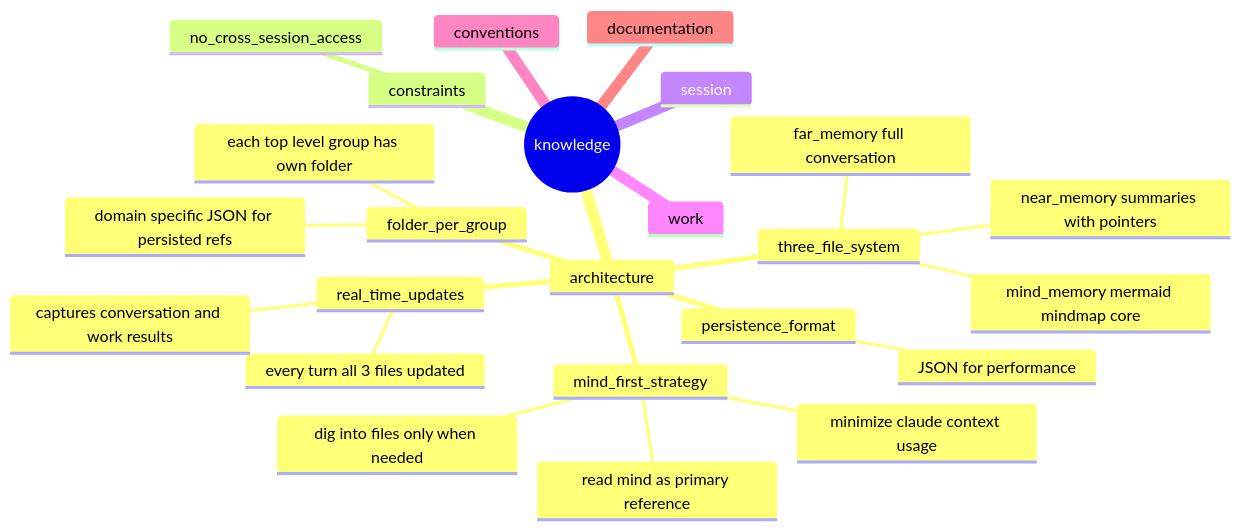
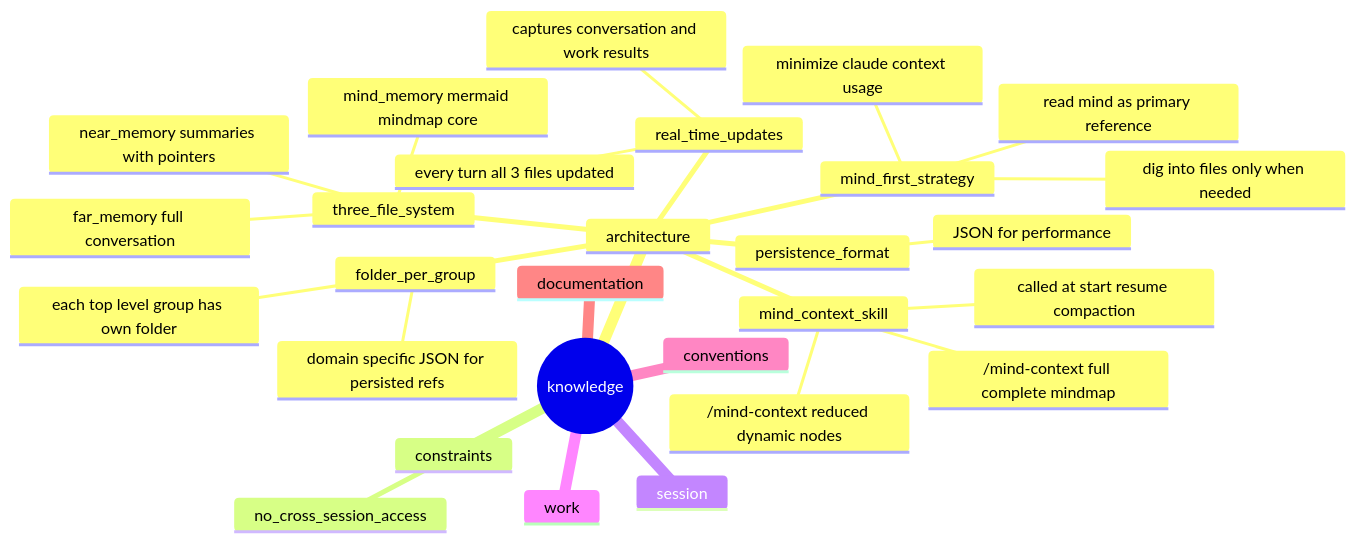
Before and after one commit to packetqc/K_DOCS: the diagram in mind/mind_memory.md, drawn with Mermaid. The commit also changed 4 other files, not shown here.

First line of the commit message:
feat: add /mind-context skill with full mode option

````diff
--- a/mind/mind_memory.md
+++ b/mind/mind_memory.md
@@ -1,27 +1,31 @@
 ```mermaid
 mindmap
   root((knowledge))
     architecture
       persistence_format
         JSON for performance
       three_file_system
         far_memory full conversation
         near_memory summaries with pointers
         mind_memory mermaid mindmap core
       mind_first_strategy
         read mind as primary reference
         dig into files only when needed
         minimize claude context usage
       real_time_updates
         every turn all 3 files updated
         captures conversation and work results
       folder_per_group
         each top level group has own folder
         domain specific JSON for persisted refs
+      mind_context_skill
+        /mind-context reduced dynamic nodes
+        /mind-context full complete mindmap
+        called at start resume compaction
     constraints
       no_cross_session_access
     session
     work
     conventions
     documentation
 ```
````
